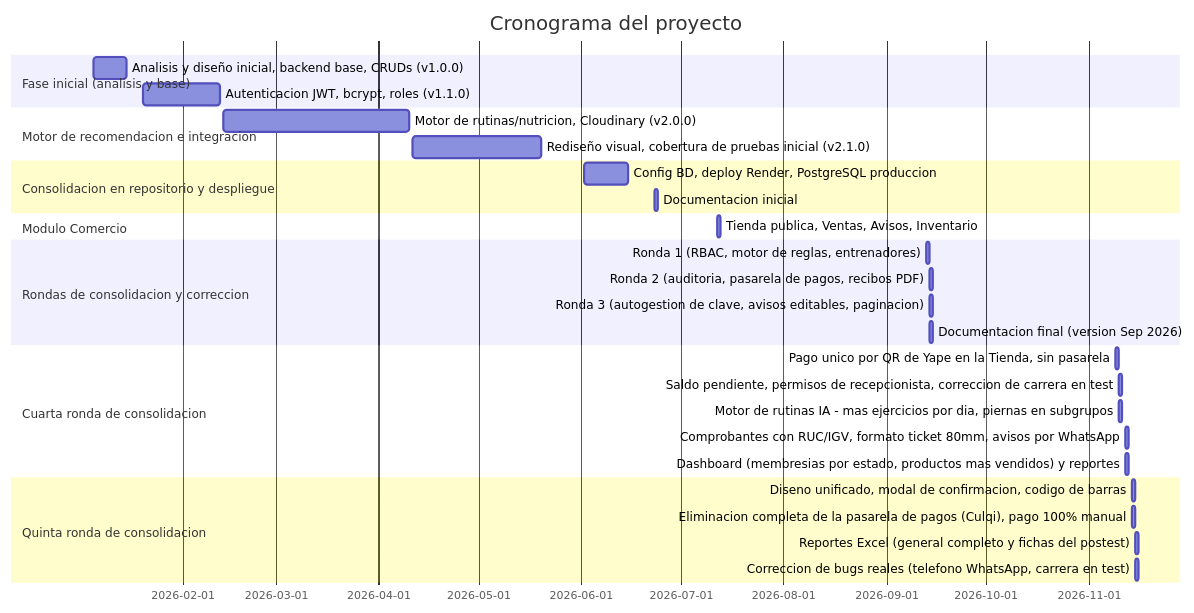
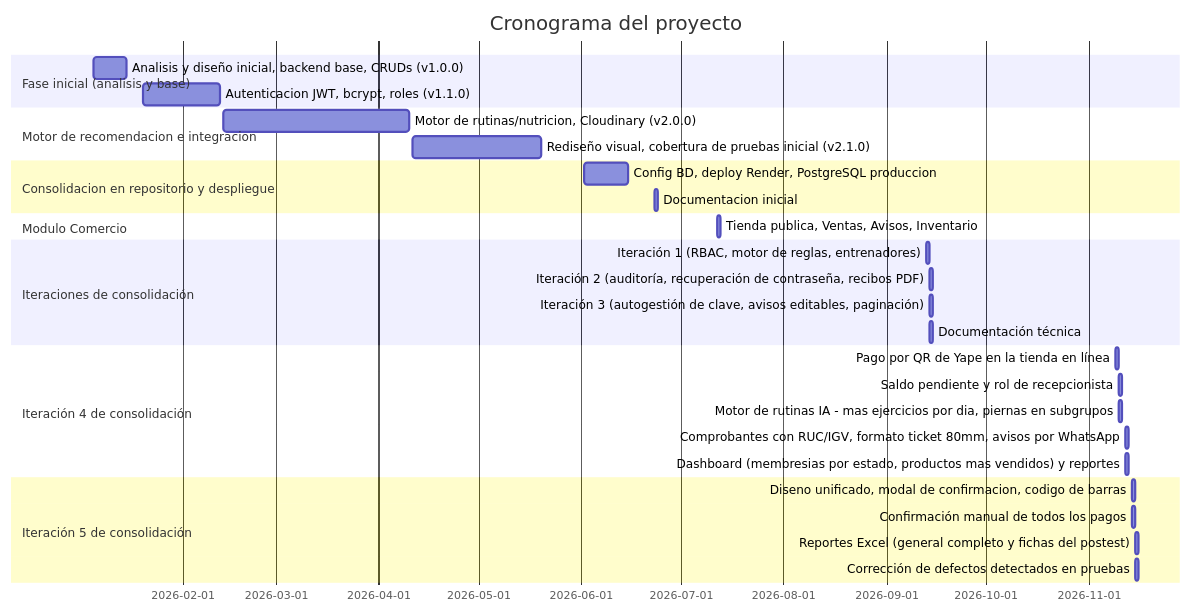
The fourth of 11 diagrams in docs/07_Gestion_Proyecto/Intervencion_Metodologica.md (KeenGuerra/GleyforGymInvestigacion), drawn with Mermaid before and after one commit. The commit also changed other lines of this file, not shown here.

First line of the commit message:
docs: reemplaza Intervencion_Metodologica con la version final de tesis

````diff
--- a/docs/07_Gestion_Proyecto/Intervencion_Metodologica.md
+++ b/docs/07_Gestion_Proyecto/Intervencion_Metodologica.md
@@ -292,32 +291,32 @@
 ```mermaid
 gantt
     dateFormat YYYY-MM-DD
     title Cronograma del proyecto
     section Fase inicial (analisis y base)
     Analisis y diseño inicial, backend base, CRUDs (v1.0.0) :2026-01-05, 2026-01-15
     Autenticacion JWT, bcrypt, roles (v1.1.0) :2026-01-20, 2026-02-12
     section Motor de recomendacion e integracion
     Motor de rutinas/nutricion, Cloudinary (v2.0.0) :2026-02-13, 2026-04-10
     Rediseño visual, cobertura de pruebas inicial (v2.1.0) :2026-04-11, 2026-05-20
     section Consolidacion en repositorio y despliegue
     Config BD, deploy Render, PostgreSQL produccion :2026-06-02, 2026-06-15
     Documentacion inicial :2026-06-23, 1d
     section Modulo Comercio
     Tienda publica, Ventas, Avisos, Inventario :2026-07-12, 2026-07-13
-    section Rondas de consolidacion y correccion
-    Ronda 1 (RBAC, motor de reglas, entrenadores) :2026-09-13, 1d
-    Ronda 2 (auditoria, pasarela de pagos, recibos PDF) :2026-09-14, 1d
-    Ronda 3 (autogestion de clave, avisos editables, paginacion) :2026-09-14, 1d
-    Documentacion final (version Sep 2026) :2026-09-14, 2026-09-15
-    section Cuarta ronda de consolidacion
-    Pago unico por QR de Yape en la Tienda, sin pasarela :2026-11-09, 2026-11-10
-    Saldo pendiente, permisos de recepcionista, correccion de carrera en test :2026-11-10, 1d
+    section Iteraciones de consolidación
+    Iteración 1 (RBAC, motor de reglas, entrenadores) :2026-09-13, 1d
+    Iteración 2 (auditoría, recuperación de contraseña, recibos PDF) :2026-09-14, 1d
+    Iteración 3 (autogestión de clave, avisos editables, paginación) :2026-09-14, 1d
+    Documentación técnica :2026-09-14, 2026-09-15
+    section Iteración 4 de consolidación
+    Pago por QR de Yape en la tienda en línea :2026-11-09, 2026-11-10
+    Saldo pendiente y rol de recepcionista :2026-11-10, 1d
     Motor de rutinas IA - mas ejercicios por dia, piernas en subgrupos :2026-11-10, 1d
     Comprobantes con RUC/IGV, formato ticket 80mm, avisos por WhatsApp :2026-11-12, 1d
     Dashboard (membresias por estado, productos mas vendidos) y reportes :2026-11-12, 1d
-    section Quinta ronda de consolidacion
+    section Iteración 5 de consolidación
     Diseno unificado, modal de confirmacion, codigo de barras :2026-11-14, 1d
-    Eliminacion completa de la pasarela de pagos (Culqi), pago 100% manual :2026-11-14, 1d
+    Confirmación manual de todos los pagos :2026-11-14, 1d
     Reportes Excel (general completo y fichas del postest) :2026-11-15, 1d
-    Correccion de bugs reales (telefono WhatsApp, carrera en test) :2026-11-15, 1d
+    Corrección de defectos detectados en pruebas :2026-11-15, 1d
 ```
````
